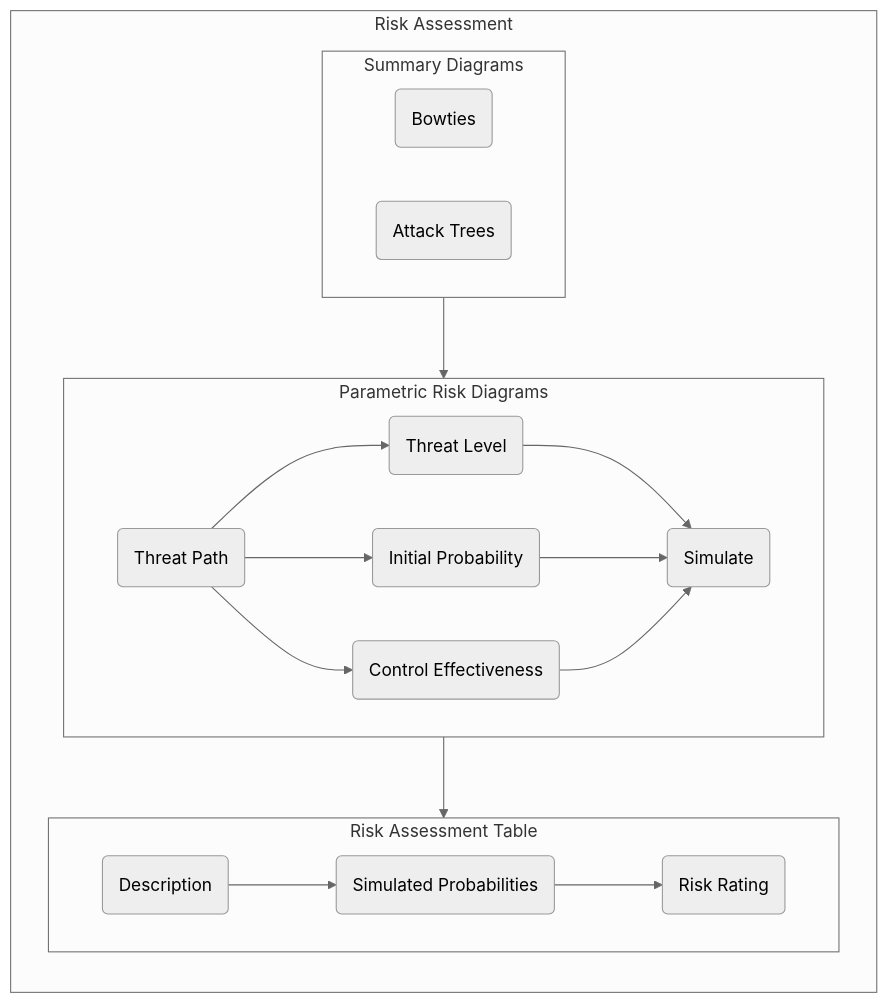
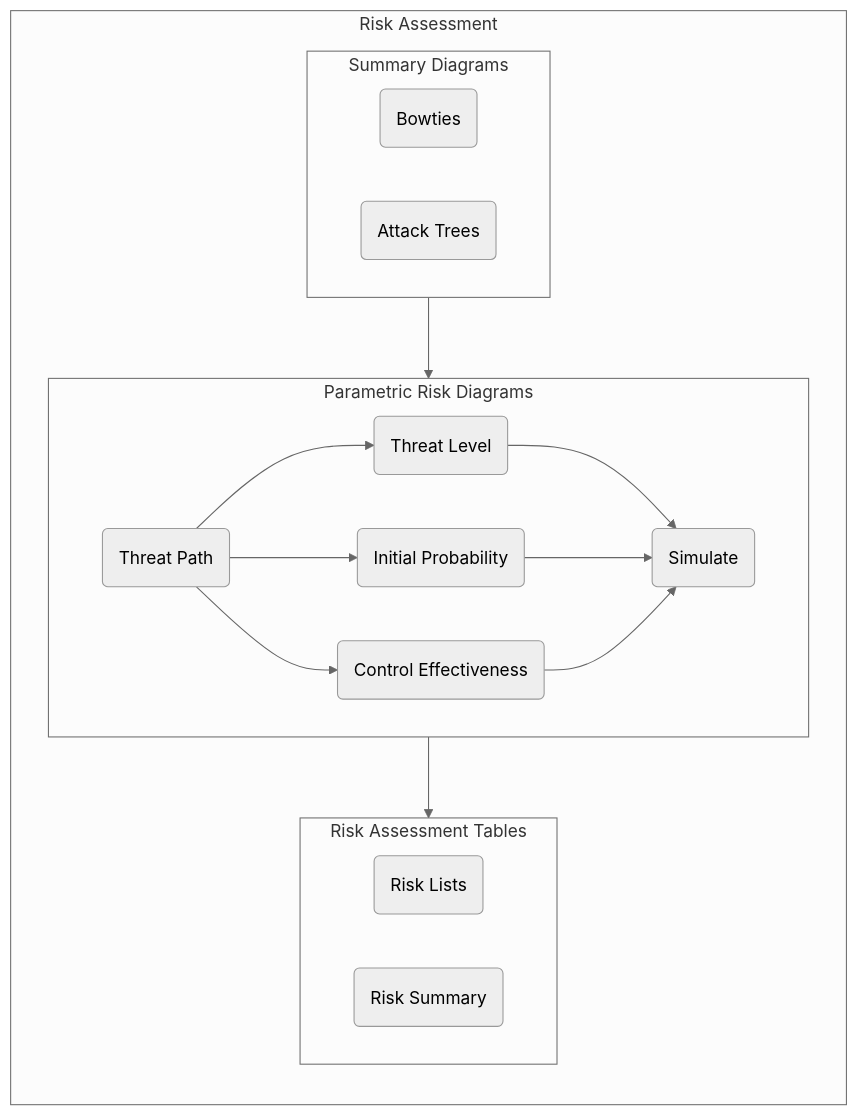
Before and after one commit to stuartfowler/CEMT: the fourth of 4 diagrams in README.md, drawn with Mermaid (neutral theme). The commit also changed other lines of this file and 14 other files, not shown here.

````diff
--- a/README.md
+++ b/README.md
@@ -212,32 +212,32 @@
 ```mermaid
 flowchart TB
   subgraph RA["Risk Assessment"]
     direction TB
     subgraph 6["Summary Diagrams"]
       6a("Bowties")
       6b("Attack Trees")
     end
     subgraph 7["Parametric Risk Diagrams"]
       7a("Threat Path") --> 7b("Threat Level") --> 7e("Simulate")
       7a --> 7c("Initial Probability") --> 7e
       7a --> 7d("Control Effectiveness") --> 7e
     end
-    subgraph 8["Risk Assessment Table"]
-      8a("Description") --> 8b("Simulated Probabilities") --> 8c("Risk Rating")
+    subgraph 8["Risk Assessment Tables"]
+      8a("Risk Lists")
+      8b("Risk Summary")
     end
     6 --> 7 --> 8
   end
   
   click 6a "https://github.com/stuartfowler/CEMT/blob/main/Documentation/risk.md#summary-diagrams" "Summary Diagrams"
   click 6b "https://github.com/stuartfowler/CEMT/blob/main/Documentation/risk.md#summary-diagrams" "Summary Diagrams"
 
   click 7a "https://github.com/stuartfowler/CEMT/blob/main/Documentation/risk.md#parametric-risk-diagrams" "Parametric Diagrams"
   click 7b "https://github.com/stuartfowler/CEMT/blob/main/Documentation/risk.md#parametric-risk-diagrams" "Parametric Diagrams"
   click 7c "https://github.com/stuartfowler/CEMT/blob/main/Documentation/risk.md#parametric-risk-diagrams" "Parametric Diagrams"
   click 7d "https://github.com/stuartfowler/CEMT/blob/main/Documentation/risk.md#parametric-risk-diagrams" "Parametric Diagrams"
   click 7e "https://github.com/stuartfowler/CEMT/blob/main/Documentation/risk.md#parametric-risk-diagrams" "Parametric Diagrams"
 
-  click 8a "https://github.com/stuartfowler/CEMT/blob/main/Documentation/risk.md#risk-assessment-table" "Risk Table"
-  click 8b "https://github.com/stuartfowler/CEMT/blob/main/Documentation/risk.md#risk-assessment-table" "Risk Table"
-  click 8c "https://github.com/stuartfowler/CEMT/blob/main/Documentation/risk.md#risk-assessment-table" "Risk Table"
+  click 8a "https://github.com/stuartfowler/CEMT/blob/main/Documentation/risk.md#risk-assessment-tables" "Risk Table"
+  click 8b "https://github.com/stuartfowler/CEMT/blob/main/Documentation/risk.md#risk-assessment-tables" "Risk Table"
 ```
````
